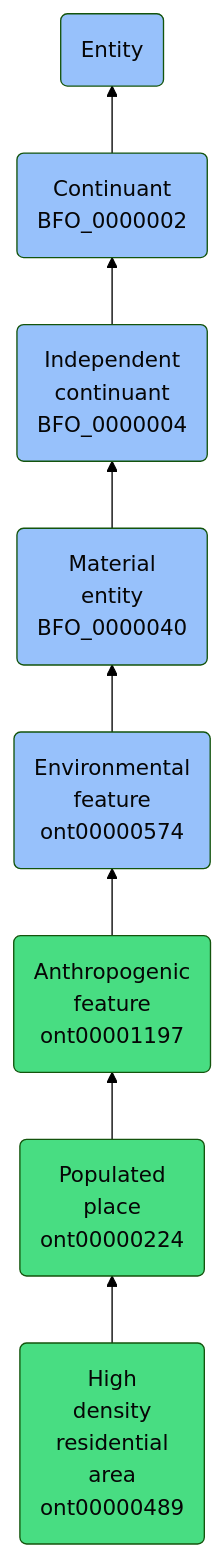
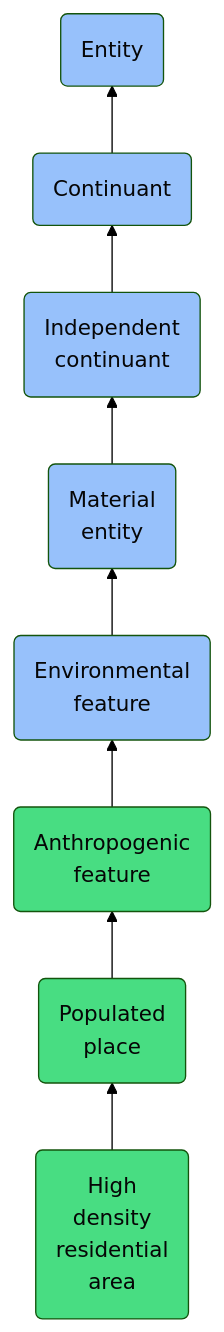
One commit to jupyter-naas/abi changed the diagram in docs/ontology/reference/model/Entity/Continuant/Independent continuant/Material entity/Environmental feature/Anthropogenic feature/Populated place/High density residential area/High density residential area.md. Above: the diagram before and after it, drawn with Mermaid (forest theme). The commit also changed other lines of this file and 1430 other files, not shown here.

````diff
--- a/docs/ontology/reference/model/Entity/Continuant/Independent continuant/Material entity/Environmental feature/Anthropogenic feature/Populated place/High density residential area/High density residential area.md
+++ b/docs/ontology/reference/model/Entity/Continuant/Independent continuant/Material entity/Environmental feature/Anthropogenic feature/Populated place/High density residential area/High density residential area.md
@@ -24,15 +24,15 @@
 ```mermaid
 graph BT
-    ont00000489(High<br>density<br>residential<br>area<br>ont00000489):::ABI-->ont00000224
-    ont00000224(Populated<br>place<br>ont00000224):::ABI-->ont00001197
-    ont00001197(Anthropogenic<br>feature<br>ont00001197):::ABI-->ont00000574
-    ont00000574(Environmental<br>feature<br>ont00000574):::BFO-->BFO_0000040
-    BFO_0000040(Material<br>entity<br>BFO_0000040):::BFO-->BFO_0000004
-    BFO_0000004(Independent<br>continuant<br>BFO_0000004):::BFO-->BFO_0000002
-    BFO_0000002(Continuant<br>BFO_0000002):::BFO-->BFO_0000001
+    ont00000489(High<br>density<br>residential<br>area):::ABI-->ont00000224
+    ont00000224(Populated<br>place):::ABI-->ont00001197
+    ont00001197(Anthropogenic<br>feature):::ABI-->ont00000574
+    ont00000574(Environmental<br>feature):::BFO-->BFO_0000040
+    BFO_0000040(Material<br>entity):::BFO-->BFO_0000004
+    BFO_0000004(Independent<br>continuant):::BFO-->BFO_0000002
+    BFO_0000002(Continuant):::BFO-->BFO_0000001
     BFO_0000001(Entity):::BFO
     
     classDef BFO fill:#97c1fb,color:#060606
     classDef CCO fill:#e4c51e,color:#060606
     classDef ABI fill:#48DD82,color:#060606
 ```
````
